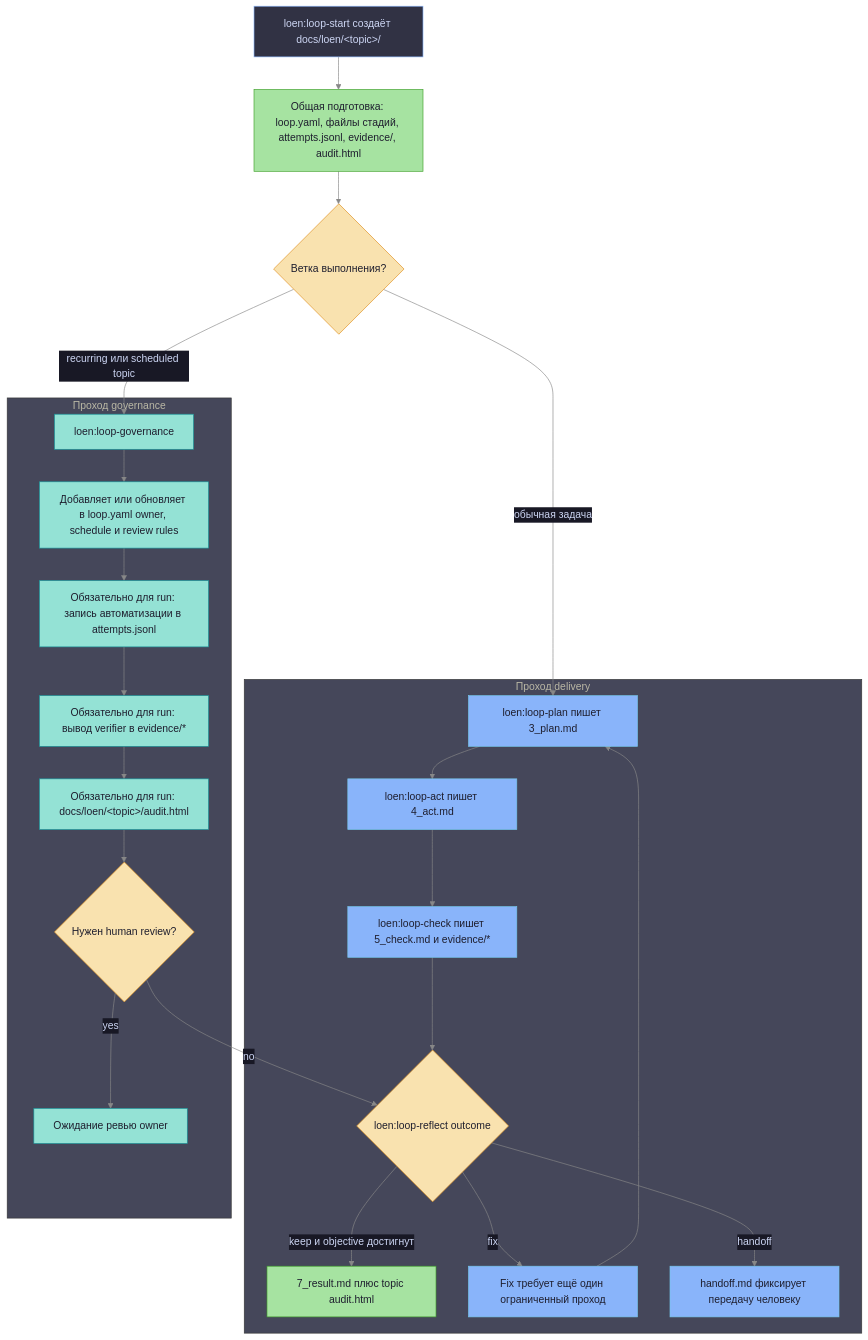
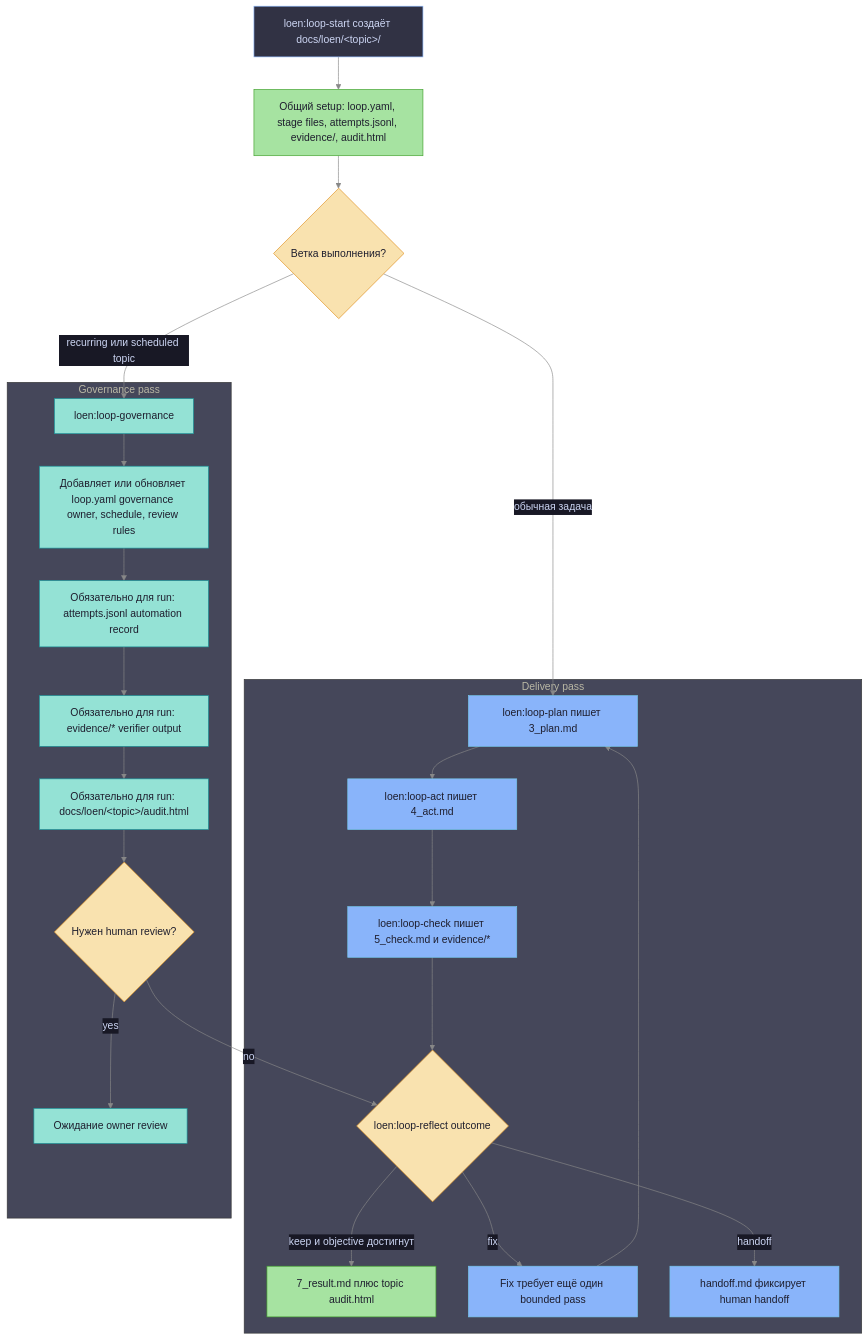
One commit to ikeniborn/icodex changed the second of 2 diagrams in plugins/loen/README.ru.md. Above: the diagram before and after it, drawn with Mermaid. The commit also changed other lines of this file and 16 other files, not shown here.

````diff
--- a/plugins/loen/README.ru.md
+++ b/plugins/loen/README.ru.md
@@ -104,53 +99,53 @@
 ```mermaid
 %%{init: {'theme': 'base', 'themeVariables': {'background': '#1e1e2e', 'primaryColor': '#313244', 'primaryTextColor': '#cdd6f4', 'primaryBorderColor': '#89b4fa', 'lineColor': '#888888', 'secondaryColor': '#181825', 'tertiaryColor': '#45475a'}}}%%
 flowchart TD
-    StartTopic["loen:loop-start создаёт docs/loen/&lt;topic&gt;/"] --> SharedArtifacts["Общая подготовка: loop.yaml, файлы стадий, attempts.jsonl, evidence/, audit.html"]
+    StartTopic["loen:loop-start создаёт docs/loen/&lt;topic&gt;/"] --> SharedArtifacts["Общий setup: loop.yaml, stage files, attempts.jsonl, evidence/, audit.html"]
     SharedArtifacts --> Branch{"Ветка выполнения?"}
 
-    subgraph delivery["Проход delivery"]
+    subgraph delivery["Delivery pass"]
         PlanStep["loen:loop-plan пишет 3_plan.md"]
         ActStep["loen:loop-act пишет 4_act.md"]
         CheckStep["loen:loop-check пишет 5_check.md и evidence/*"]
         ReflectStep{"loen:loop-reflect outcome"}
         ResultStep["7_result.md плюс topic audit.html"]
-        FixStep["Fix требует ещё один ограниченный проход"]
-        HandoffStep["handoff.md фиксирует передачу человеку"]
+        FixStep["Fix требует ещё один bounded pass"]
+        HandoffStep["handoff.md фиксирует human handoff"]
     end
 
-    subgraph governance["Проход governance"]
+    subgraph governance["Governance pass"]
         GovStep["loen:loop-governance"]
-        GovPolicy["Добавляет или обновляет в loop.yaml owner, schedule и review rules"]
-        GovAttempt["Обязательно для run: запись автоматизации в attempts.jsonl"]
-        GovEvidence["Обязательно для run: вывод verifier в evidence/*"]
+        GovPolicy["Добавляет или обновляет loop.yaml governance owner, schedule, review rules"]
+        GovAttempt["Обязательно для run: attempts.jsonl automation record"]
+        GovEvidence["Обязательно для run: evidence/* verifier output"]
         GovAudit["Обязательно для run: docs/loen/&lt;topic&gt;/audit.html"]
         GovReview{"Нужен human review?"}
-        GovWait["Ожидание ревью owner"]
+        GovWait["Ожидание owner review"]
     end
 
     Branch -- "обычная задача" --> PlanStep
     PlanStep --> ActStep
     ActStep --> CheckStep
     CheckStep --> ReflectStep
     ReflectStep -- "keep и objective достигнут" --> ResultStep
     ReflectStep -- "fix" --> FixStep
     FixStep --> PlanStep
     ReflectStep -- "handoff" --> HandoffStep
 
     Branch -- "recurring или scheduled topic" --> GovStep
     GovStep --> GovPolicy
     GovPolicy --> GovAttempt
     GovAttempt --> GovEvidence
     GovEvidence --> GovAudit
     GovAudit --> GovReview
     GovReview -- "yes" --> GovWait
     GovReview -- "no" --> ReflectStep
 
     classDef decision fill:#f9e2af,color:#1e1e2e,stroke:#df8e1d
     classDef deliveryClass fill:#89b4fa,color:#1e1e2e,stroke:#74c7ec
     classDef governanceClass fill:#94e2d5,color:#1e1e2e,stroke:#179299
     classDef artifactClass fill:#a6e3a1,color:#1e1e2e,stroke:#40a02b
     class Branch,ReflectStep,GovReview decision
     class PlanStep,ActStep,CheckStep,FixStep,HandoffStep deliveryClass
     class GovStep,GovPolicy,GovAttempt,GovEvidence,GovAudit,GovWait governanceClass
     class SharedArtifacts,ResultStep artifactClass
 ```
````
